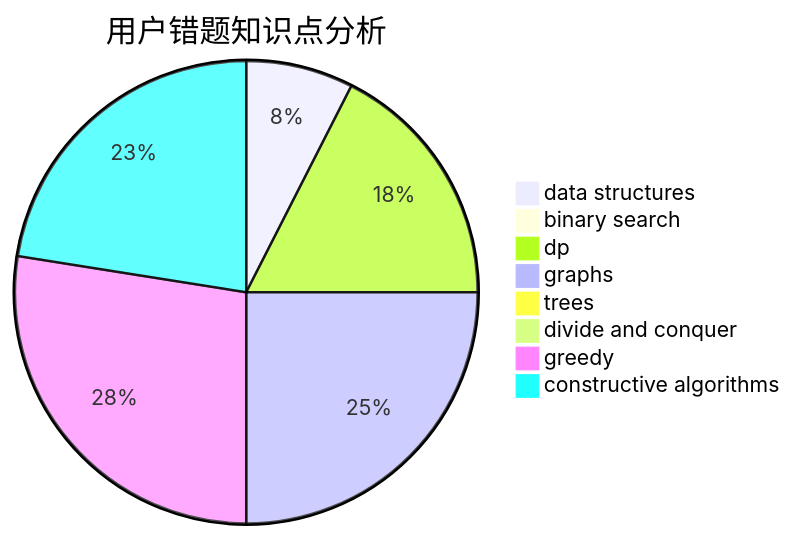
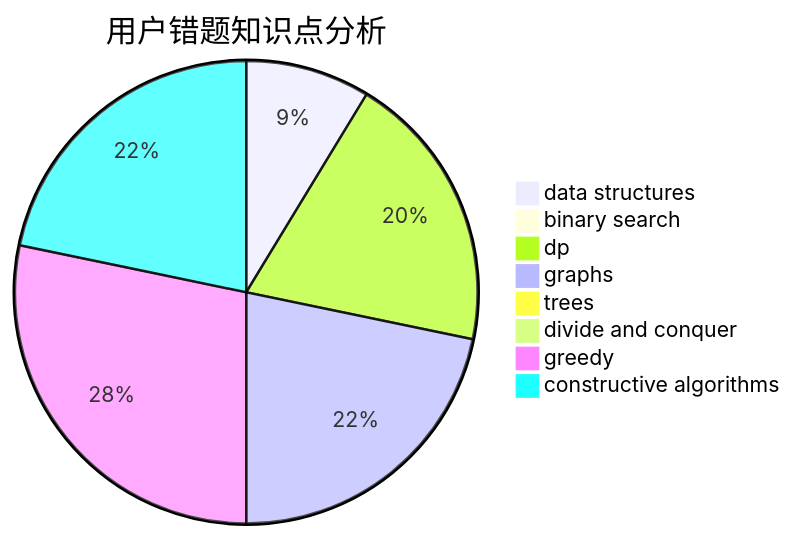
One commit to sherpahu/cfrs.github.io changed the third of 3 diagrams in docs/user/u892.md. Above: the diagram before and after it, drawn with Mermaid. The commit also changed other lines of this file and 2770 other files, not shown here.

````diff
--- a/docs/user/u892.md
+++ b/docs/user/u892.md
@@ -36,11 +36,11 @@
 ```mermaid
 pie title 用户错题知识点分析
-    "data structures" :  3
+    "data structures" :  4
     "binary search" :  0
-    "dp" :  7
+    "dp" :  9
     "graphs" :  10
     "trees" :  0
     "divide and conquer" :  0
-    "greedy" :  11
-    "constructive algorithms" :  9
+    "greedy" :  13
+    "constructive algorithms" :  10
 ```
````
